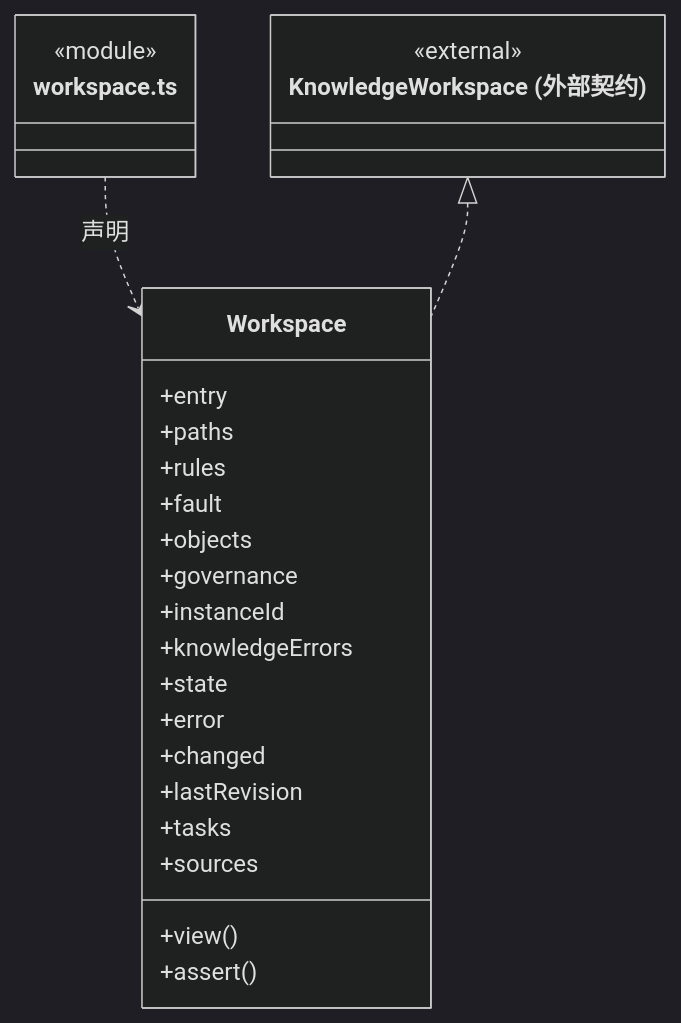
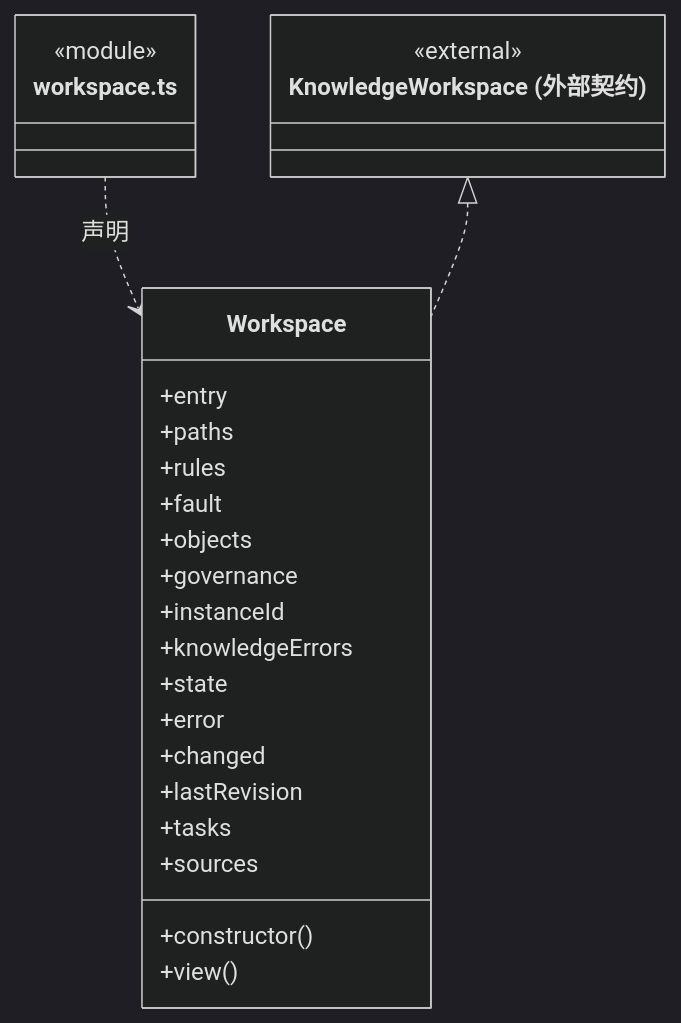
The eighth of 12 diagrams in src/logic/workspace/service/ARCHITECTURE.md (nan023062/cbim), drawn with Mermaid (dark theme) before and after one commit. The commit also changed other lines of this file and 139 other files, not shown here.

Commit message:
docs(architecture): add source reading paths and complete file inventories

````diff
--- a/src/logic/workspace/service/ARCHITECTURE.md
+++ b/src/logic/workspace/service/ARCHITECTURE.md
@@ -191,29 +200,29 @@
 ```mermaid
 classDiagram
 class N_src_logic_workspace_service_workspace_ts["workspace.ts"] {
   <<module>>
 }
 class N_src_logic_workspace_service_workspace_ts_Workspace["Workspace"] {
   +entry
   +paths
   +rules
   +fault
   +objects
   +governance
   +instanceId
   +knowledgeErrors
   +state
   +error
   +changed
   +lastRevision
   +tasks
   +sources
+  +constructor()
   +view()
-  +assert()
 }
 N_src_logic_workspace_service_workspace_ts ..> N_src_logic_workspace_service_workspace_ts_Workspace : 声明
 class N_src_logic_workspace_service_workspace_ts_external_KnowledgeWorkspace["KnowledgeWorkspace (外部契约)"] {
   <<external>>
 }
 N_src_logic_workspace_service_workspace_ts_external_KnowledgeWorkspace <|.. N_src_logic_workspace_service_workspace_ts_Workspace
 ```
````
